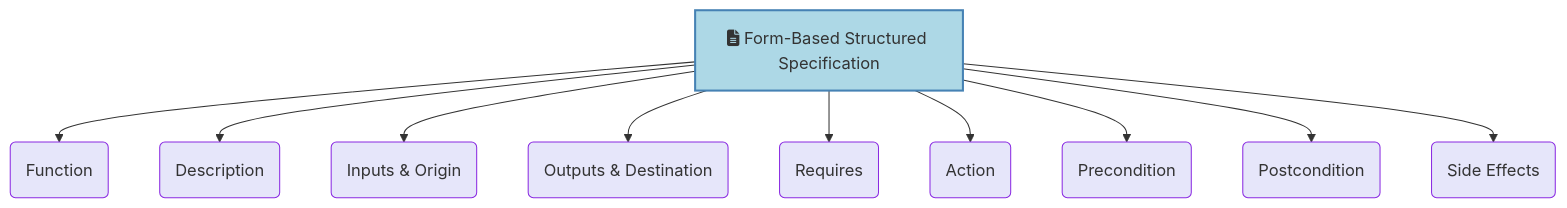
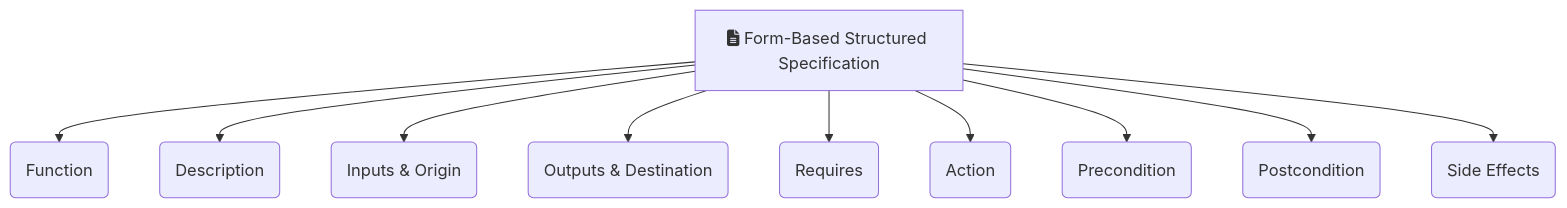
The second of 3 diagrams in docs/mca/se/u11/u13.md (sujith-eag/sujith-library), drawn with Mermaid before and after one commit. The commit also changed other lines of this file and 41 other files, not shown here.

First line of the commit message:
Refactor diagrams and remove redundant styles in documentation

````diff
--- a/docs/mca/se/u11/u13.md
+++ b/docs/mca/se/u11/u13.md
@@ -71,15 +68,13 @@
 ```mermaid
 graph TD
-    classDef formHeader fill:#add8e6,stroke:#4682b4,stroke-width:2px;
-    classDef field fill:#e6e6fa,stroke:#8a2be2,stroke-width:1px;
 
     Form[fa:fa-file-alt Form-Based Structured Specification]:::formHeader --> Func(Function):::field;
     Form --> Desc(Description):::field;
     Form --> In(Inputs & Origin):::field;
     Form --> Out(Outputs & Destination):::field;
     Form --> Req(Requires):::field;
     Form --> Act(Action):::field;
     Form --> Pre(Precondition):::field;
     Form --> Post(Postcondition):::field;
     Form --> Side(Side Effects):::field;
 ```
````
